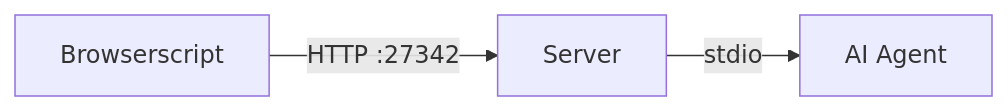
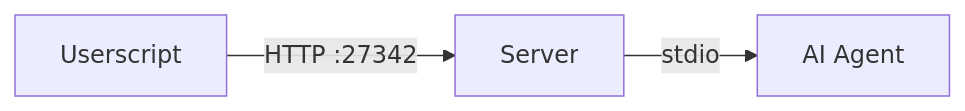
One commit to comicchang/iitc-mcp changed the first of 2 diagrams in README.md. Above: the diagram before and after it, drawn with Mermaid. The commit also changed other lines of this file, not shown here.

Commit message:
fix: mermaid 图表分隔符

````diff
--- a/README.md
+++ b/README.md
@@ -148,5 +148,5 @@
 ```mermaid
 graph LR
-    US[Browserscript] -->|HTTP :27342| S[Server]
+    US[Userscript] -->|HTTP :27342| S[Server]
     S -->|stdio| AGENT[AI Agent]
 ```
````
